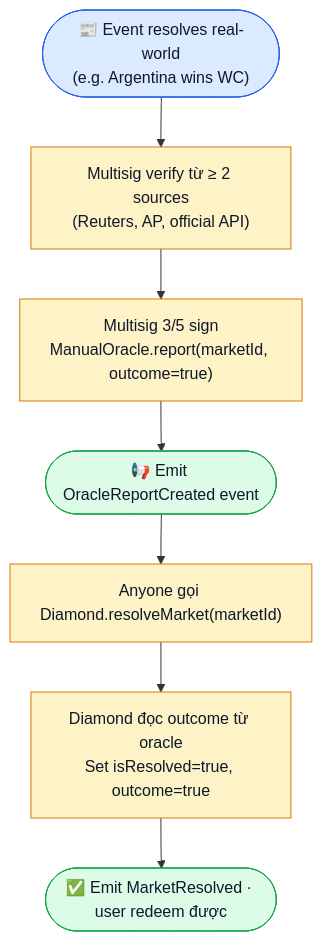
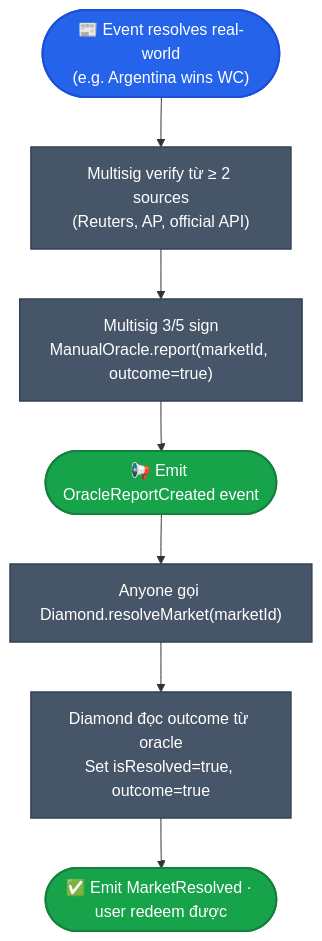
The third of 5 diagrams in vi_v6/giao-thuc/oracle.md (PrediX-Protocol/predix-docs), drawn with Mermaid before and after one commit. The commit also changed other lines of this file and 32 other files, not shown here.

First line of the commit message:
docs(vi_v6): redesign Mermaid theme — solid mid-tone palette + dark theme

````diff
--- a/vi_v6/giao-thuc/oracle.md
+++ b/vi_v6/giao-thuc/oracle.md
@@ -79,17 +79,17 @@
 ```mermaid
 flowchart TD
     Event(["📰 Event resolves real-world<br/>(e.g. Argentina wins WC)"])
     Event --> S1["Multisig verify từ ≥ 2 sources<br/>(Reuters, AP, official API)"]
     S1 --> S2["Multisig 3/5 sign<br/>ManualOracle.report(marketId, outcome=true)"]
     S2 --> S3(["📢 Emit OracleReportCreated event"])
     S3 --> S4["Anyone gọi Diamond.resolveMarket(marketId)"]
     S4 --> S5["Diamond đọc outcome từ oracle<br/>Set isResolved=true, outcome=true"]
     S5 --> End(["✅ Emit MarketResolved · user redeem được"])
 
-    classDef event fill:#dbeafe,stroke:#2563eb,color:#0f172a
-    classDef step fill:#fef3c7,stroke:#d97706,color:#0f172a
-    classDef ok fill:#dcfce7,stroke:#16a34a,color:#0f172a
+    classDef event fill:#2563eb,stroke:#1d4ed8,color:#fff,stroke-width:2px
+    classDef step fill:#475569,stroke:#334155,color:#fff,stroke-width:1.5px
+    classDef ok fill:#16a34a,stroke:#15803d,color:#fff,stroke-width:2px
     class Event event
     class S1,S2,S4,S5 step
     class S3,End ok
 ```
````
